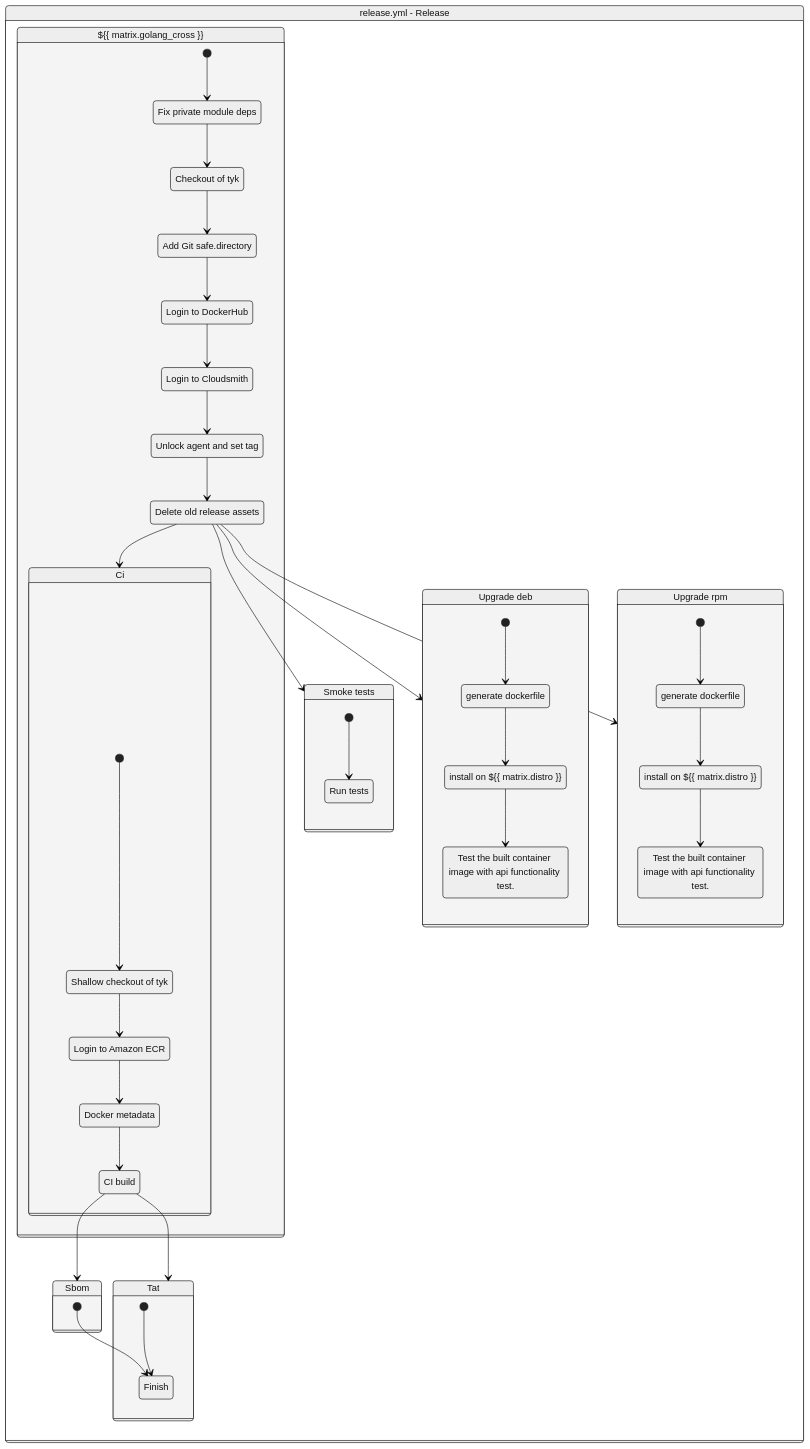
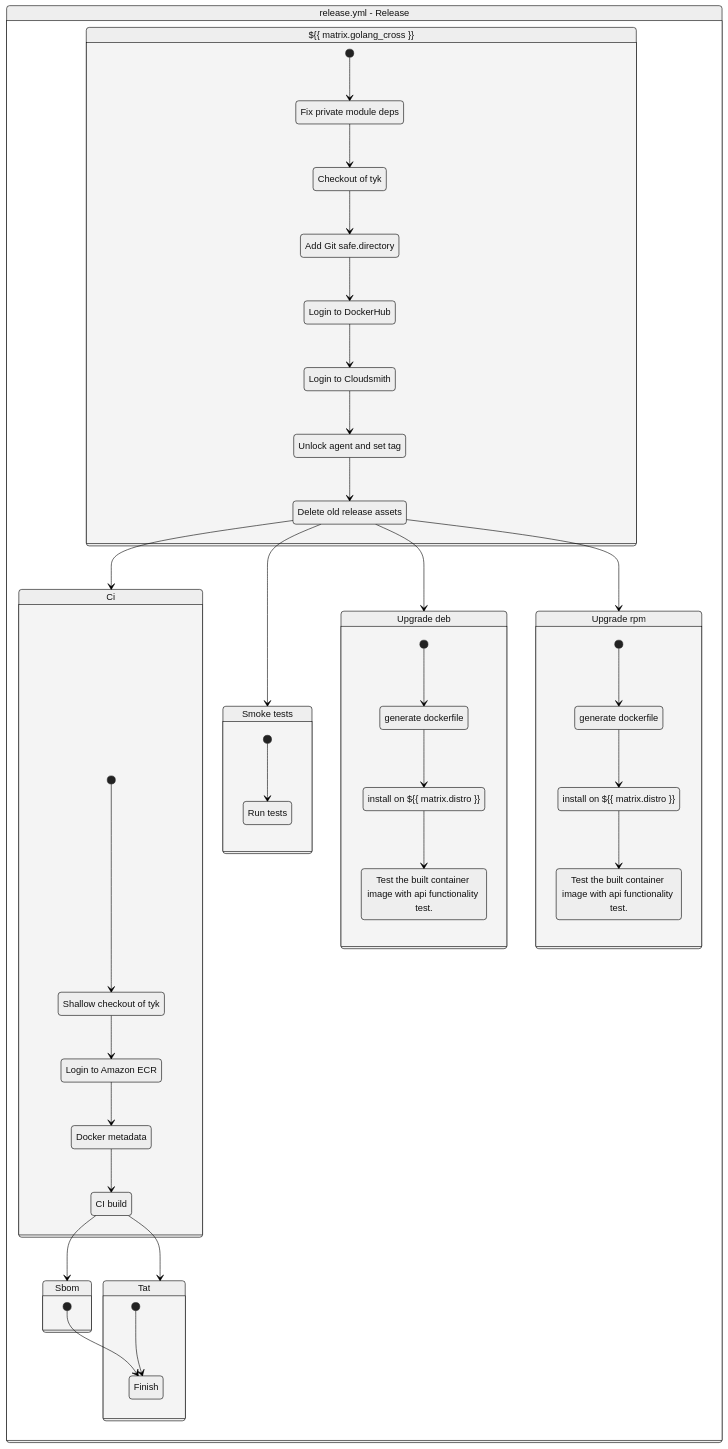
The diagram in docs/github-actions/tyk/release.yml.mermaid (TykTechnologies/exp), drawn with Mermaid (neutral theme) before and after one commit. The commit also changed other lines of this file and 7 other files, not shown here.

```diff
--- a/docs/github-actions/tyk/release.yml.mermaid
+++ b/docs/github-actions/tyk/release.yml.mermaid
@@ -1,75 +1,75 @@
 stateDiagram-v2
     workflow : release.yml - Release
     state workflow {
-        ci: Ci
-        state ci {
-            [*] --> step0ci
-            step0ci : Shallow checkout of tyk
-            step0ci --> step2ci
-            step2ci : Login to Amazon ECR
-            step2ci --> step4ci
-            step4ci : Docker metadata
-            step4ci --> step7ci
-            step7ci : CI build
-            step7ci --> sbom
-            step7ci --> tat
-        }
-
         goreleaser: ${{ matrix.golang_cross }}
         state goreleaser {
             [*] --> step0goreleaser
             step0goreleaser : Fix private module deps
             step0goreleaser --> step1goreleaser
             step1goreleaser : Checkout of tyk
             step1goreleaser --> step2goreleaser
             step2goreleaser : Add Git safe.directory
             step2goreleaser --> step5goreleaser
             step5goreleaser : Login to DockerHub
             step5goreleaser --> step6goreleaser
             step6goreleaser : Login to Cloudsmith
             step6goreleaser --> step7goreleaser
             step7goreleaser : Unlock agent and set tag
             step7goreleaser --> step8goreleaser
             step8goreleaser : Delete old release assets
             step8goreleaser --> ci
             step8goreleaser --> smoke_tests
             step8goreleaser --> upgrade_deb
             step8goreleaser --> upgrade_rpm
+        }
+
+        ci: Ci
+        state ci {
+            [*] --> step0ci
+            step0ci : Shallow checkout of tyk
+            step0ci --> step2ci
+            step2ci : Login to Amazon ECR
+            step2ci --> step4ci
+            step4ci : Docker metadata
+            step4ci --> step7ci
+            step7ci : CI build
+            step7ci --> sbom
+            step7ci --> tat
         }
 
         sbom: Sbom
         state sbom {
             [*] --> Finish
         }
 
         smoke_tests: Smoke tests
         state smoke_tests {
             [*] --> step1smoke_tests
             step1smoke_tests : Run tests
         }
 
         tat: Tat
         state tat {
             [*] --> Finish
         }
 
         upgrade_deb: Upgrade deb
         state upgrade_deb {
             [*] --> step4upgrade_deb
             step4upgrade_deb : generate dockerfile
             step4upgrade_deb --> step5upgrade_deb
             step5upgrade_deb : install on ${{ matrix.distro }}
             step5upgrade_deb --> step6upgrade_deb
             step6upgrade_deb : Test the built container image with api functionality test.
         }
 
         upgrade_rpm: Upgrade rpm
         state upgrade_rpm {
             [*] --> step3upgrade_rpm
             step3upgrade_rpm : generate dockerfile
             step3upgrade_rpm --> step4upgrade_rpm
             step4upgrade_rpm : install on ${{ matrix.distro }}
             step4upgrade_rpm --> step5upgrade_rpm
             step5upgrade_rpm : Test the built container image with api functionality test.
         }
     }
```
